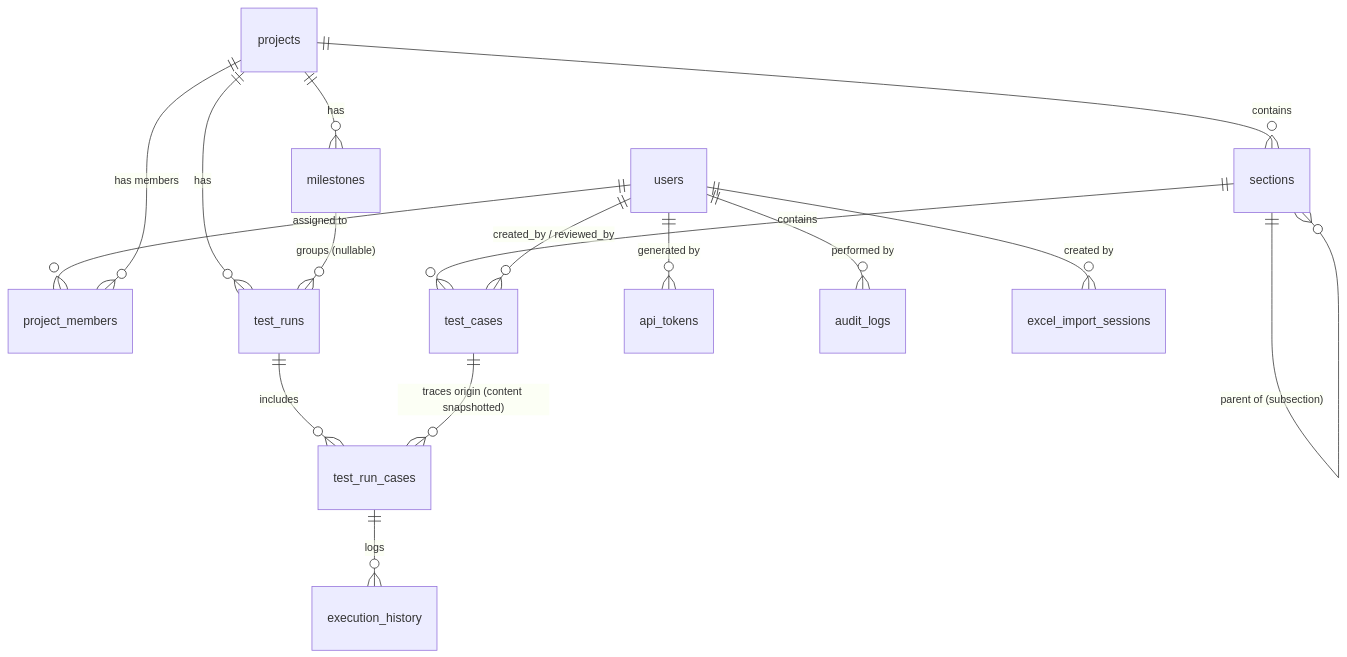
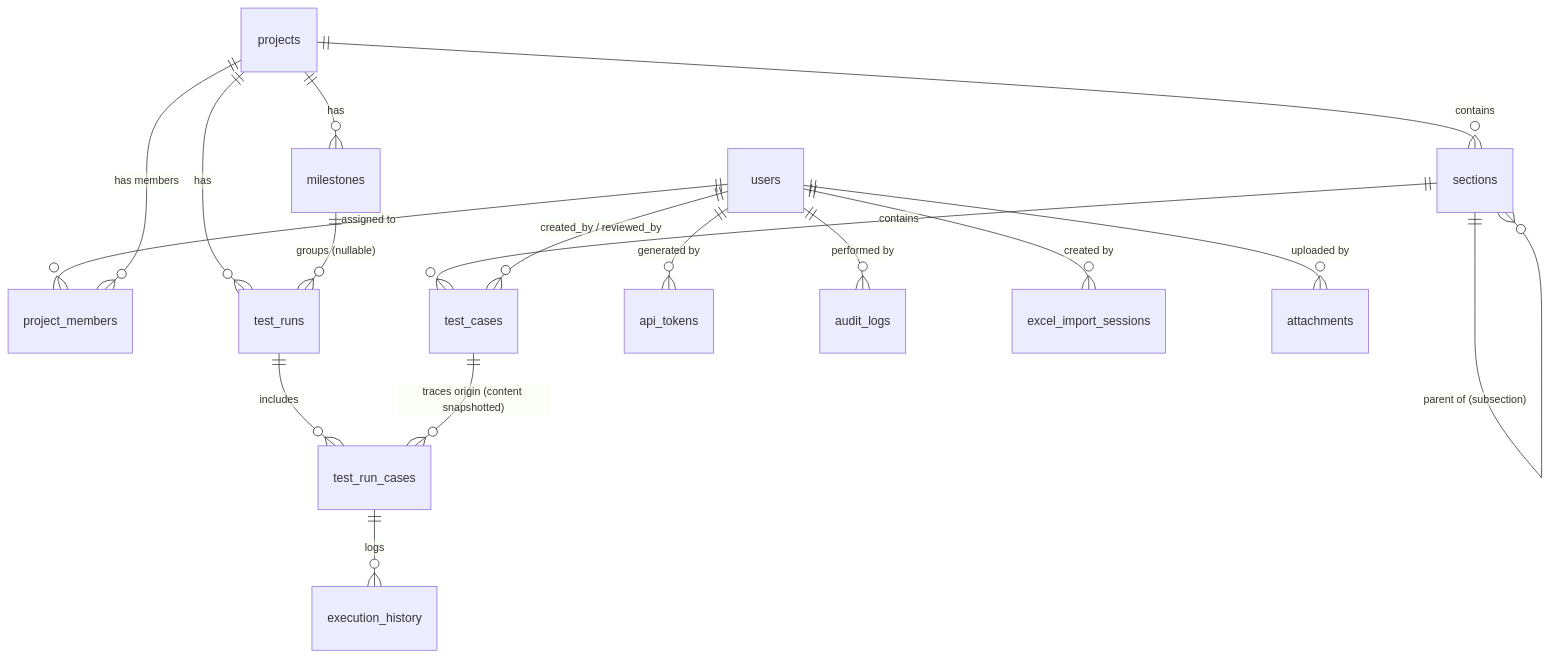
One commit to HuyMU/TestHub changed the third of 3 diagrams in AI_CONTEXT.md. Above: the diagram before and after it, drawn with Mermaid. The commit also changed other lines of this file and 22 other files, not shown here.

````diff
--- a/AI_CONTEXT.md
+++ b/AI_CONTEXT.md
@@ -47,18 +47,19 @@
 ```mermaid
 erDiagram
     users ||--o{ project_members : "assigned to"
     projects ||--o{ project_members : "has members"
     projects ||--o{ sections : "contains"
     sections ||--o{ sections : "parent of (subsection)"
     sections ||--o{ test_cases : "contains"
     projects ||--o{ milestones : "has"
     projects ||--o{ test_runs : "has"
     milestones ||--o{ test_runs : "groups (nullable)"
     test_runs ||--o{ test_run_cases : "includes"
     test_cases ||--o{ test_run_cases : "traces origin (content snapshotted)"
     test_run_cases ||--o{ execution_history : "logs"
     users ||--o{ test_cases : "created_by / reviewed_by"
     users ||--o{ api_tokens : "generated by"
     users ||--o{ audit_logs : "performed by"
     users ||--o{ excel_import_sessions : "created by"
+    users ||--o{ attachments : "uploaded by"
 ```
````
